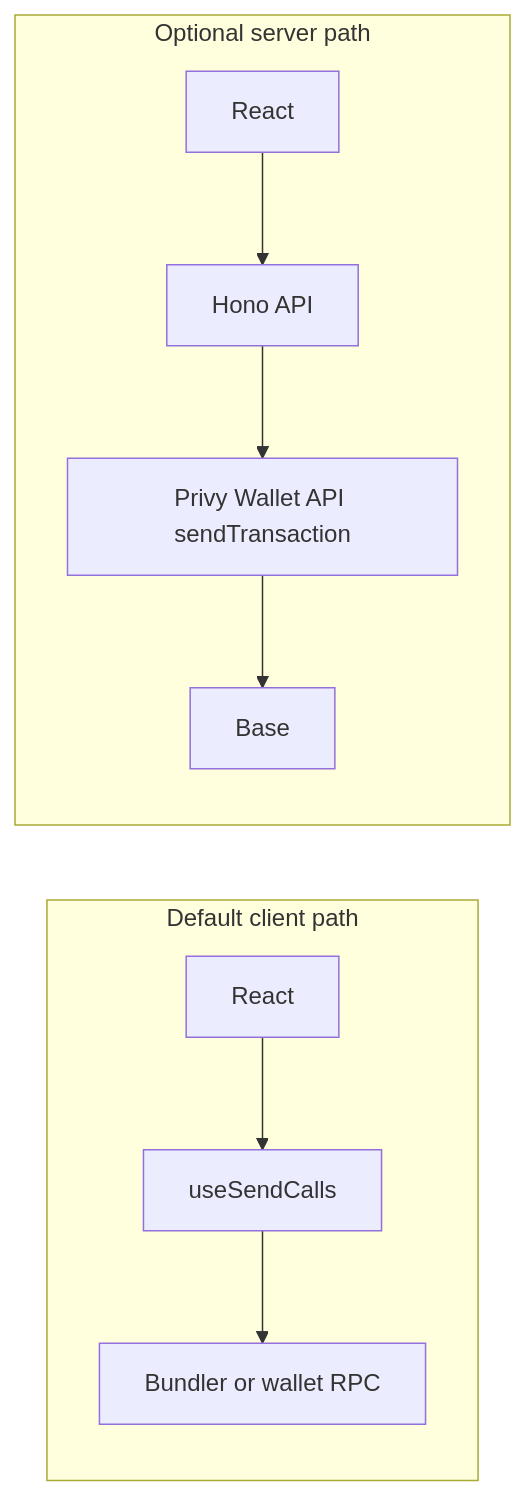
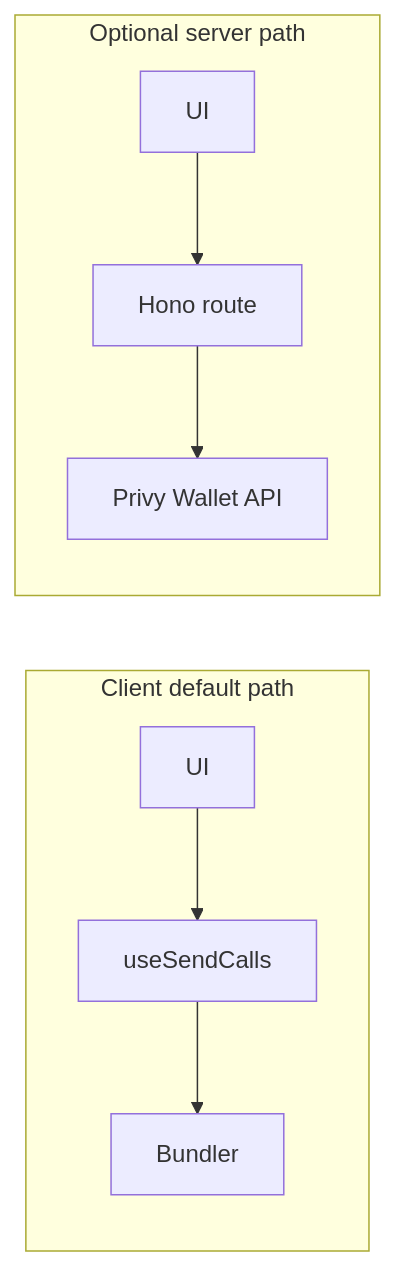
One commit to MagRelo/cut changed the second of 2 diagrams in PRIVY_MIGRATION_PLAN.md. Above: the diagram before and after it, drawn with Mermaid. The commit also changed other lines of this file and 62 other files, not shown here.

````diff
--- a/PRIVY_MIGRATION_PLAN.md
+++ b/PRIVY_MIGRATION_PLAN.md
@@ -97,12 +98,11 @@
 ```mermaid
 flowchart LR
-  subgraph clientPath [Default client path]
-    UI[React] --> wagmiSend[useSendCalls]
-    wagmiSend --> bundler2[Bundler or wallet RPC]
+  subgraph clientPath [Client default path]
+    UI[UI] --> sc[useSendCalls]
+    sc --> b[Bundler]
   end
   subgraph serverPath [Optional server path]
-    UI2[React] --> api2[Hono API]
-    api2 --> privyWallet[Privy Wallet API sendTransaction]
-    privyWallet --> chain[Base]
+    UI2[UI] --> r[Hono route]
+    r --> w[Privy Wallet API]
   end
 ```
````
